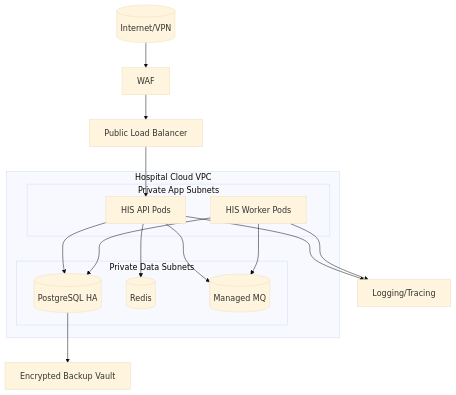
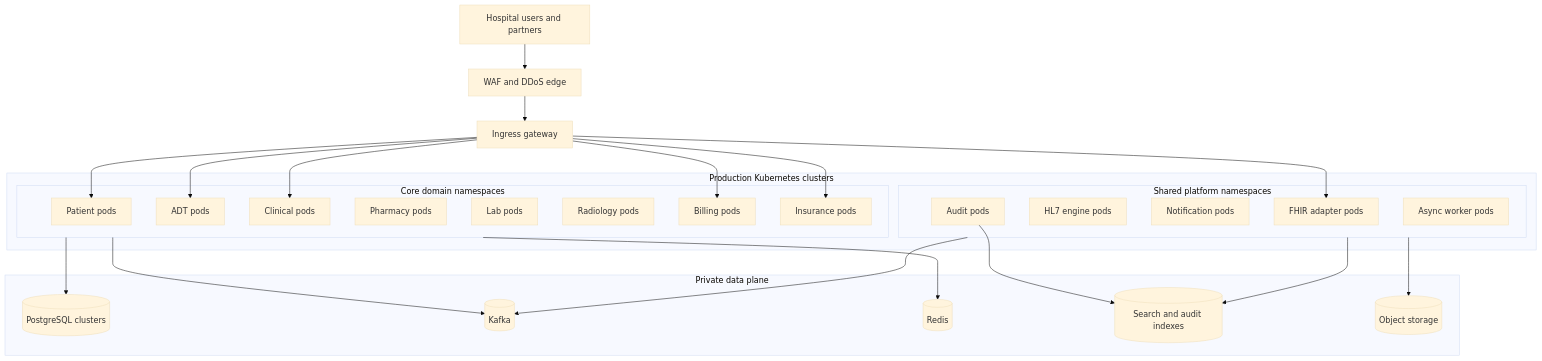
The first of 2 diagrams in Hospital Information System/infrastructure/deployment-diagram.md (0Ankit0/Project-Ideas), drawn with Mermaid (base theme) before and after one commit. The commit also changed other lines of this file and 18 other files, not shown here.

Commit message:
Update Hospital Information System: design, edge cases, HLD, implementation, infra, and requirements docs

````diff
--- a/Hospital Information System/infrastructure/deployment-diagram.md
+++ b/Hospital Information System/infrastructure/deployment-diagram.md
@@ -4,29 +4,48 @@
 ```mermaid
 flowchart TB
-    Internet[(Internet/VPN)] --> WAF[WAF]
-    WAF --> LB[Public Load Balancer]
+    Internet[Hospital users and partners] --> WAF[WAF and DDoS edge]
+    WAF --> Ingress[Ingress gateway]
 
-    subgraph VPC[Hospital Cloud VPC]
-      subgraph App[Private App Subnets]
-        API[HIS API Pods]
-        Worker[HIS Worker Pods]
-      end
+    subgraph Cluster[Production Kubernetes clusters]
+        subgraph CoreNS[Core domain namespaces]
+            Patient[Patient pods]
+            ADT[ADT pods]
+            Clinical[Clinical pods]
+            Pharmacy[Pharmacy pods]
+            Lab[Lab pods]
+            Radiology[Radiology pods]
+            Billing[Billing pods]
+            Insurance[Insurance pods]
+        end
 
-      subgraph Data[Private Data Subnets]
-        DB[(PostgreSQL HA)]
-        Redis[(Redis)]
-        MQ[(Managed MQ)]
-      end
+        subgraph SharedNS[Shared platform namespaces]
+            FHIR[FHIR adapter pods]
+            HL7[HL7 engine pods]
+            Notification[Notification pods]
+            Audit[Audit pods]
+            Workers[Async worker pods]
+        end
     end
 
-    LB --> API
-    API --> DB
-    API --> Redis
-    API --> MQ
-    Worker --> DB
-    Worker --> MQ
+    subgraph DataPlane[Private data plane]
+        PG[(PostgreSQL clusters)]
+        Kafka[(Kafka)]
+        Redis[(Redis)]
+        Search[(Search and audit indexes)]
+        Object[(Object storage)]
+    end
 
-    API --> Observability[Logging/Tracing]
-    Worker --> Observability
-    DB --> Backup[Encrypted Backup Vault]
+    Ingress --> Patient
+    Ingress --> ADT
+    Ingress --> Clinical
+    Ingress --> Billing
+    Ingress --> Insurance
+    Ingress --> FHIR
+    CoreNS --> PG
+    CoreNS --> Kafka
+    CoreNS --> Redis
+    SharedNS --> Kafka
+    SharedNS --> Search
+    SharedNS --> Object
+    Audit --> Search
 ```
````
